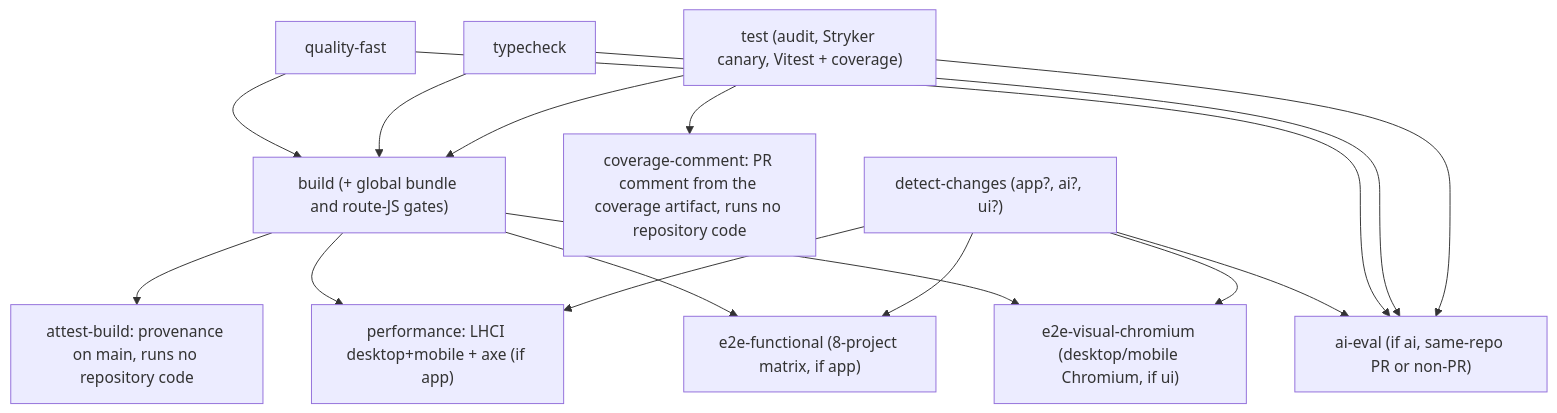
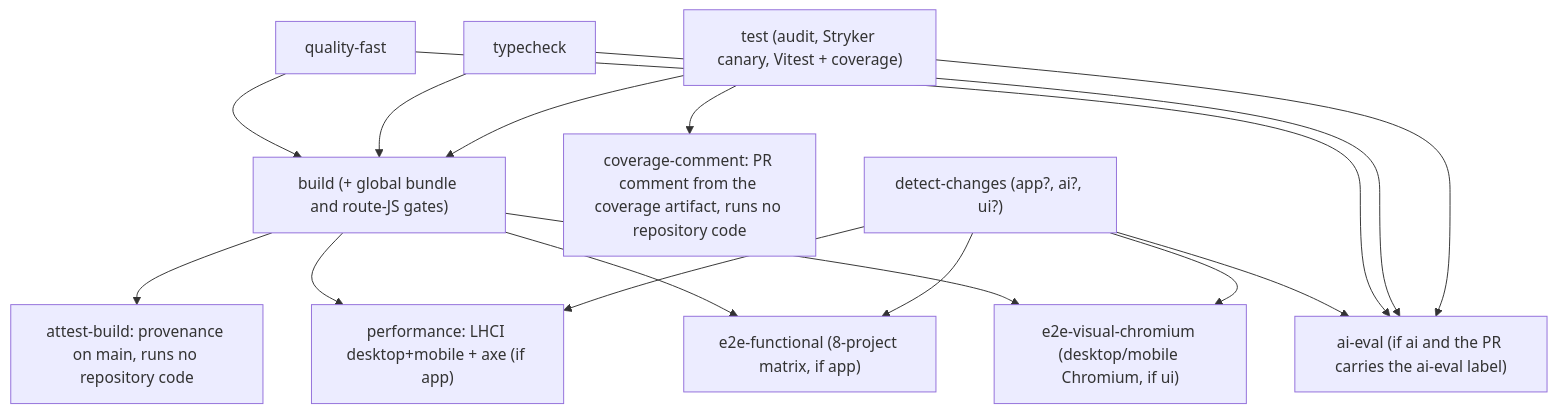
One commit to erikunha/portfolio changed the fifth of 8 diagrams in docs/07-workflows.md. Above: the diagram before and after it, drawn with Mermaid. The commit also changed other lines of this file and 10 other files, not shown here.

````diff
--- a/docs/07-workflows.md
+++ b/docs/07-workflows.md
@@ -183,18 +183,18 @@
 ```mermaid
 flowchart TD
     qf["quality-fast"] --> b["build (+ global bundle and route-JS gates)"]
     tc["typecheck"] --> b
     t["test (audit, Stryker canary, Vitest + coverage)"] --> b
     b --> at["attest-build: provenance on main, runs no repository code"]
     t --> cc["coverage-comment: PR comment from the coverage artifact, runs no repository code"]
     b --> perf["performance: LHCI desktop+mobile + axe (if app)"]
     b --> e2e["e2e-functional (8-project matrix, if app)"]
     b --> vis["e2e-visual-chromium (desktop/mobile Chromium, if ui)"]
     dc["detect-changes (app?, ai?, ui?)"] --> perf
     dc --> e2e
     dc --> vis
-    dc --> ev["ai-eval (if ai, same-repo PR or non-PR)"]
+    dc --> ev["ai-eval (if ai and the PR carries the ai-eval label)"]
     qf --> ev
     tc --> ev
     t --> ev
 ```
````
